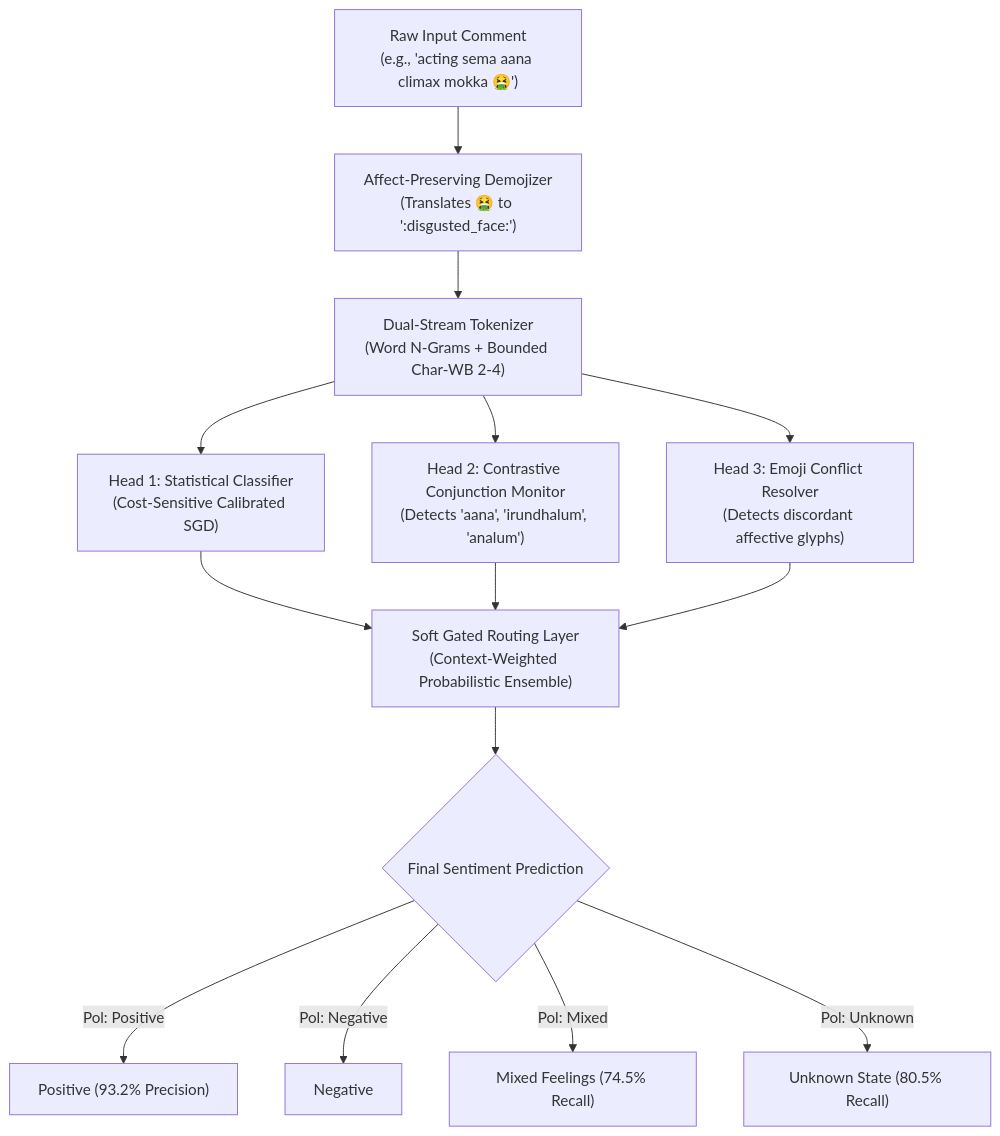
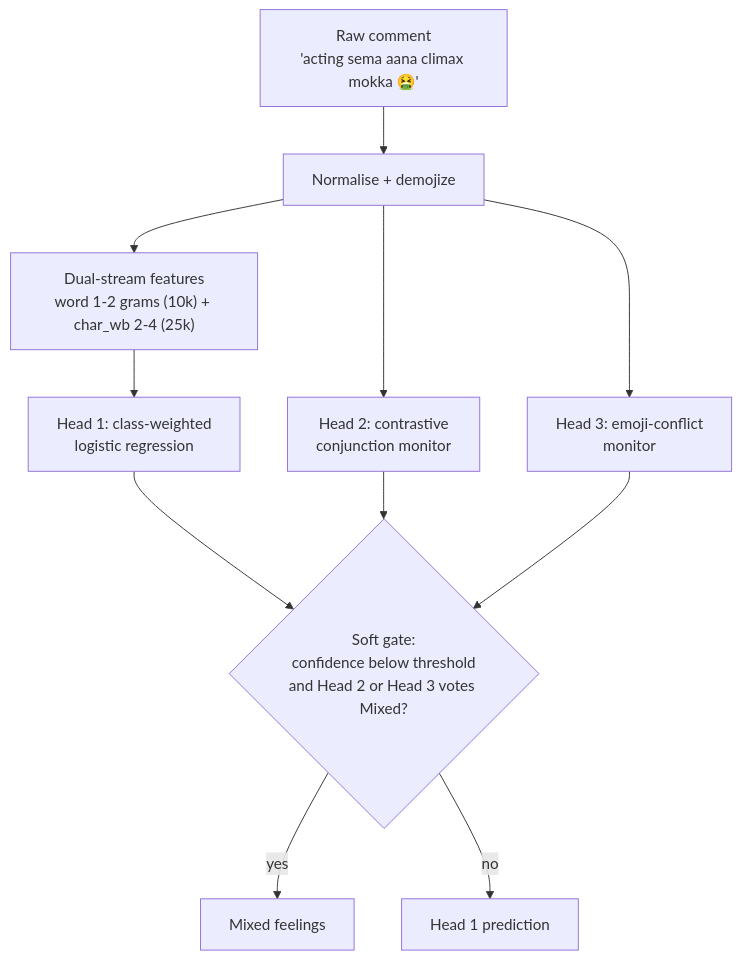
Before and after one commit to pragadheeshwar-d/ConG-MoE: the diagram in README.md, drawn with Mermaid. The commit also changed other lines of this file, not shown here.

````diff
--- a/README.md
+++ b/README.md
@@ -54,19 +70,13 @@
 ```mermaid
 flowchart TD
-    A["Raw Input Comment\n(e.g., 'acting sema aana climax mokka 🤮')"] --> B["Affect-Preserving Demojizer\n(Translates 🤮 to ':disgusted_face:')"]
-    B --> C["Dual-Stream Tokenizer\n(Word N-Grams + Bounded Char-WB 2-4)"]
-    
-    C --> D1["Head 1: Statistical Classifier\n(Cost-Sensitive Calibrated SGD)"]
-    C --> D2["Head 2: Contrastive Conjunction Monitor\n(Detects 'aana', 'irundhalum', 'analum')"]
-    C --> D3["Head 3: Emoji Conflict Resolver\n(Detects discordant affective glyphs)"]
-    
-    D1 --> E["Soft Gated Routing Layer\n(Context-Weighted Probabilistic Ensemble)"]
-    D2 --> E
-    D3 --> E
-    
-    E --> F{"Final Sentiment Prediction"}
-    F -->|Pol: Positive| G1["Positive (93.2% Precision)"]
-    F -->|Pol: Negative| G2["Negative"]
-    F -->|Pol: Mixed| G3["Mixed Feelings (74.5% Recall)"]
-    F -->|Pol: Unknown| G4["Unknown State (80.5% Recall)"]
+    A["Raw comment<br/>'acting sema aana climax mokka 🤮'"] --> B["Normalise + demojize"]
+    B --> C["Dual-stream features<br/>word 1-2 grams (10k) + char_wb 2-4 (25k)"]
+    C --> H1["Head 1: class-weighted<br/>logistic regression"]
+    B --> H2["Head 2: contrastive<br/>conjunction monitor"]
+    B --> H3["Head 3: emoji-conflict<br/>monitor"]
+    H1 --> G{"Soft gate:<br/>confidence below threshold<br/>and Head 2 or Head 3 votes Mixed?"}
+    H2 --> G
+    H3 --> G
+    G -->|yes| M["Mixed feelings"]
+    G -->|no| P["Head 1 prediction"]
 ```
````
